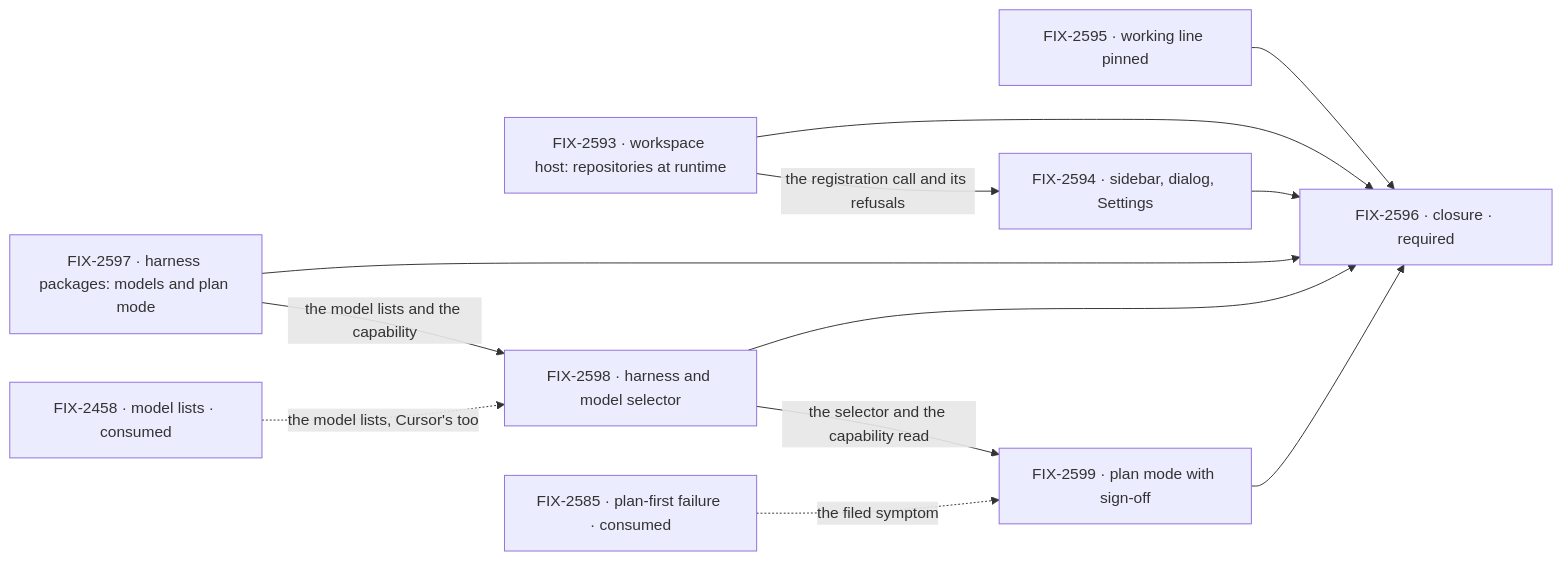
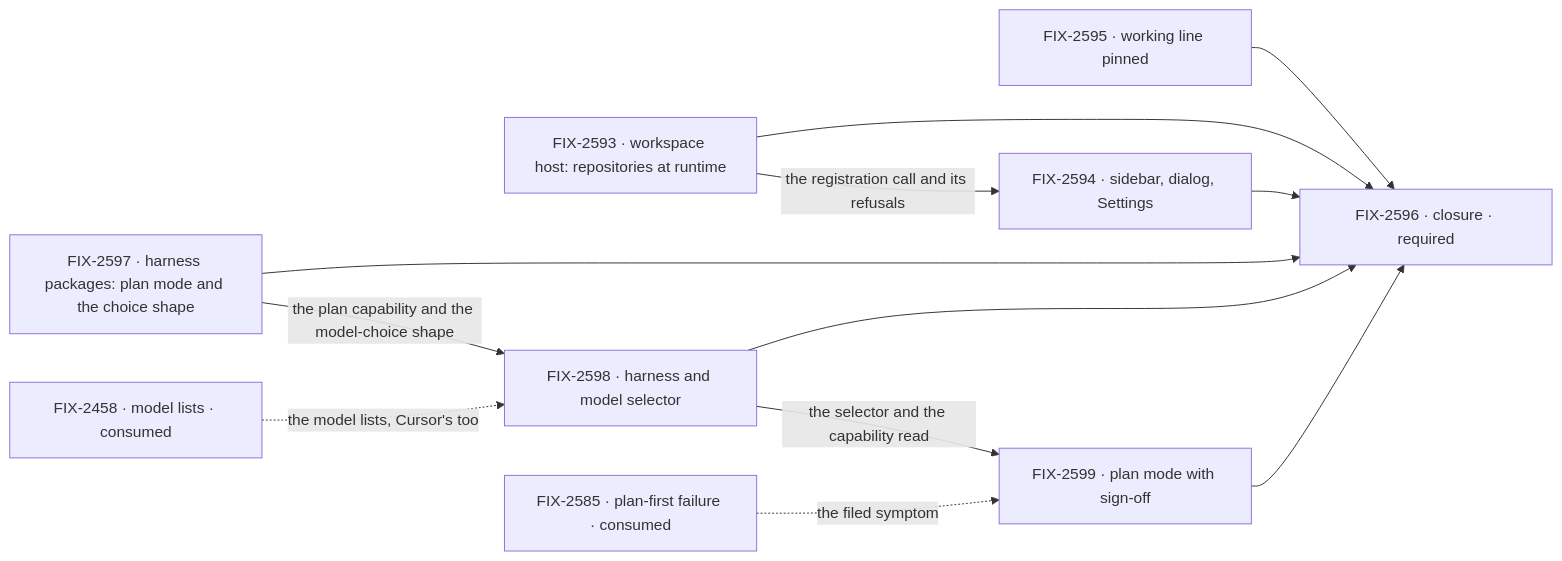
The second of 2 diagrams in specs/epics/FIX-2592/SPEC.md (fixpoint-labs/flow-state-dev), drawn with Mermaid before and after one commit. The commit also changed other lines of this file and 3 other files, not shown here.

First line of the commit message:
spec(FIX-2592): fold review: the package gates registration, ER-3 prunes and excludes, each leg reported alone

````diff
--- a/specs/epics/FIX-2592/SPEC.md
+++ b/specs/epics/FIX-2592/SPEC.md
@@ -92,14 +93,14 @@
 ```mermaid
 flowchart LR
   A["FIX-2593 · workspace host: repositories at runtime"] -->|"the registration call and its refusals"| B["FIX-2594 · sidebar, dialog, Settings"]
-  P["FIX-2597 · harness packages: models and plan mode"] -->|"the model lists and the capability"| D["FIX-2598 · harness and model selector"]
+  P["FIX-2597 · harness packages: plan mode and the choice shape"] -->|"the plan capability and the model-choice shape"| D["FIX-2598 · harness and model selector"]
   D -->|"the selector and the capability read"| E["FIX-2599 · plan mode with sign-off"]
   M["FIX-2458 · model lists · consumed"] -.->|"the model lists, Cursor's too"| D
   R["FIX-2585 · plan-first failure · consumed"] -.->|"the filed symptom"| E
   C["FIX-2595 · working line pinned"] --> Z["FIX-2596 · closure · required"]
   A --> Z
   B --> Z
   P --> Z
   D --> Z
   E --> Z
 ```
````
